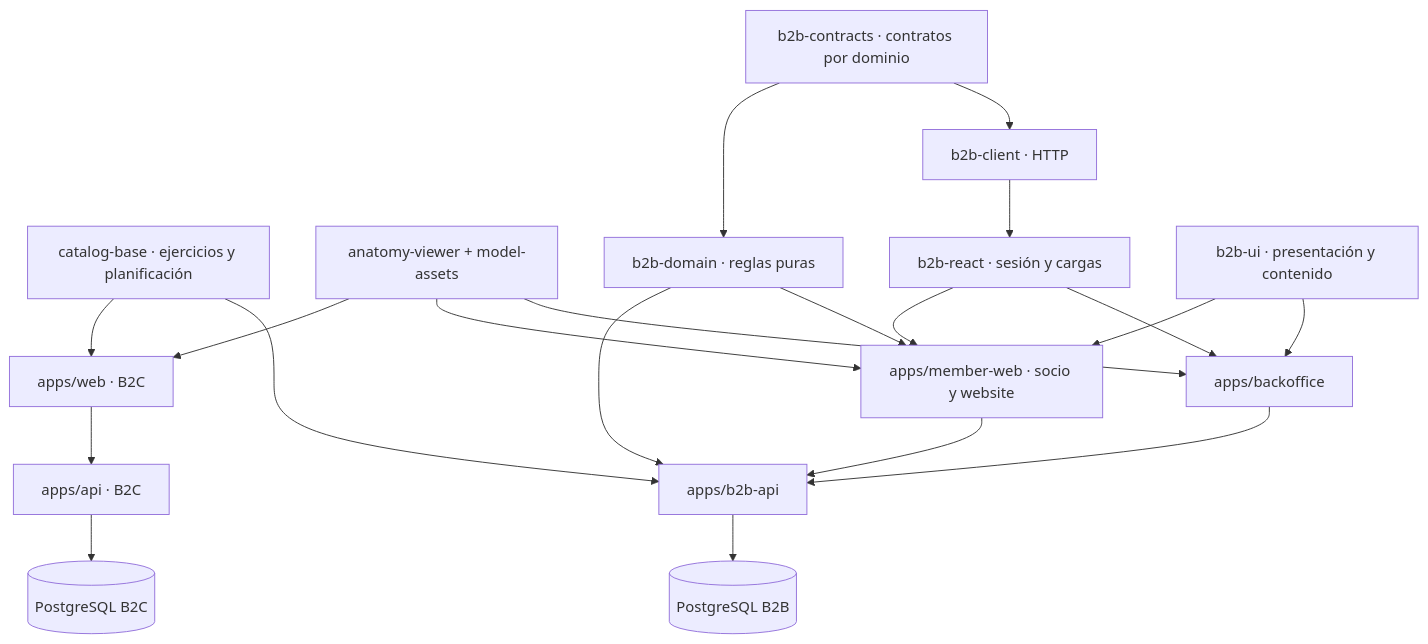
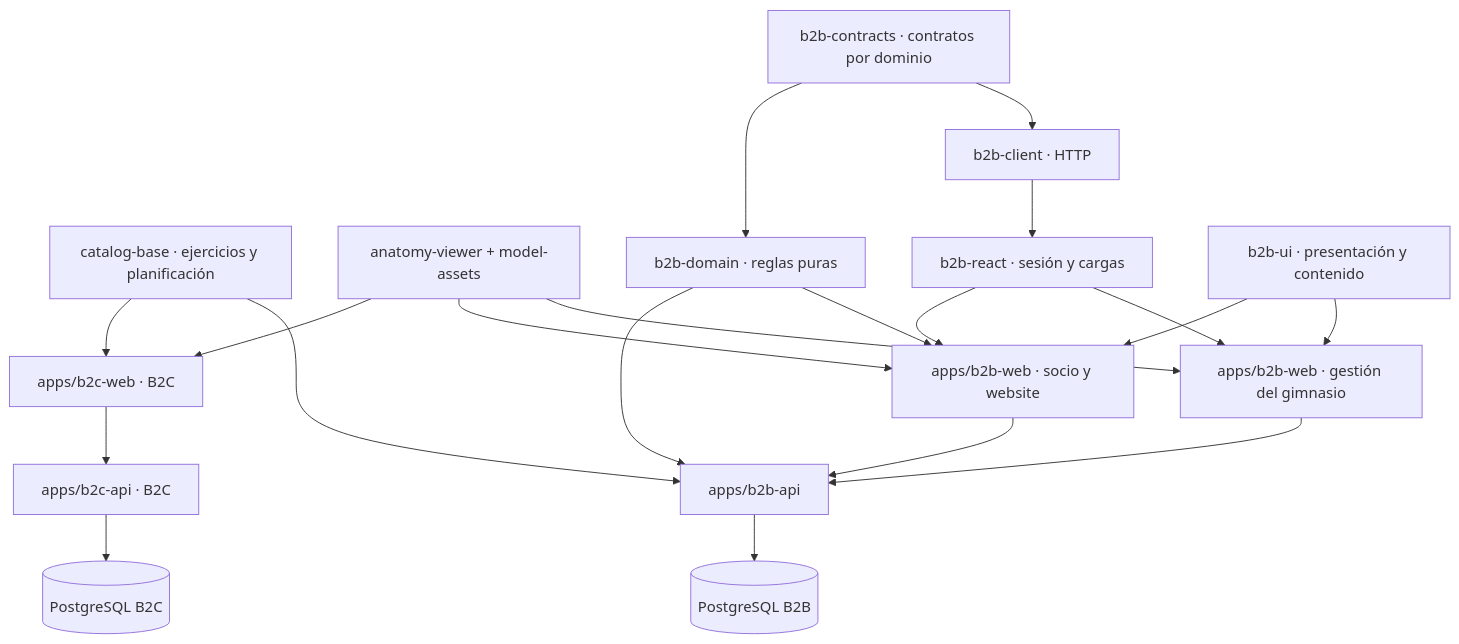
One commit to pablitxn/klisteniapp changed the diagram in docs/b2b.md. Above: the diagram before and after it, drawn with Mermaid. The commit also changed other lines of this file and 463 other files, not shown here.

````diff
--- a/docs/b2b.md
+++ b/docs/b2b.md
@@ -17,22 +17,22 @@
 ```mermaid
 flowchart TB
-  Catalog["catalog-base · ejercicios y planificación"] --> B2C["apps/web · B2C"]
+  Catalog["catalog-base · ejercicios y planificación"] --> B2C["apps/b2c-web · B2C"]
   Viewer["anatomy-viewer + model-assets"] --> B2C
   Catalog --> Business["apps/b2b-api"]
-  Viewer --> Member["apps/member-web · socio y website"]
-  Viewer --> Office["apps/backoffice"]
+  Viewer --> Member["apps/b2b-web · socio y website"]
+  Viewer --> Office["apps/b2b-web · gestión del gimnasio"]
   Contracts["b2b-contracts · contratos por dominio"] --> Domain["b2b-domain · reglas puras"]
   Contracts --> Client["b2b-client · HTTP"]
   Client --> React["b2b-react · sesión y cargas"]
   React --> Member
   React --> Office
   Domain --> Business
   Domain --> Member
   UI["b2b-ui · presentación y contenido"] --> Member
   UI --> Office
   Member --> Business
   Office --> Business
   Business --> BDB[(PostgreSQL B2B)]
-  B2C --> API["apps/api · B2C"]
+  B2C --> API["apps/b2c-api · B2C"]
   API --> CDB[(PostgreSQL B2C)]
 ```
````
